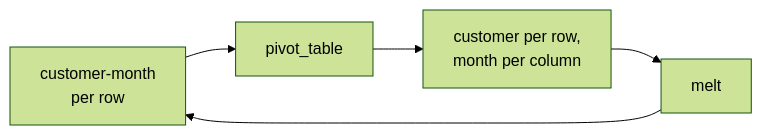
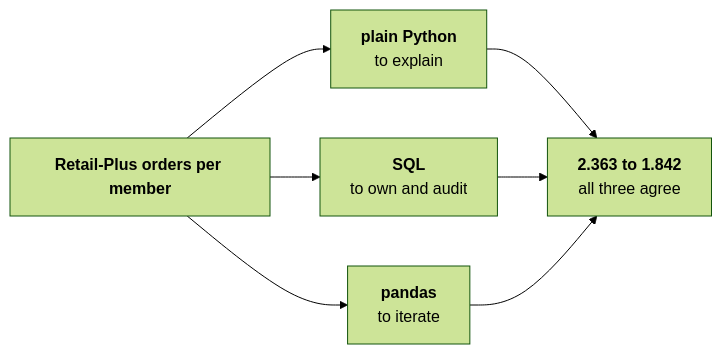
One commit to fde-academy-lab/c2-content-factory changed the seventh of 7 diagrams in content/W02/D4/whiteboards/C2_W02_D04_three_tools_STUDENT.md. Above: the diagram before and after it, drawn with Mermaid (forest theme). The commit also changed other lines of this file and 6 other files, not shown here.

````diff
--- a/content/W02/D4/whiteboards/C2_W02_D04_three_tools_STUDENT.md
+++ b/content/W02/D4/whiteboards/C2_W02_D04_three_tools_STUDENT.md
@@ -71,7 +100,9 @@
 ```mermaid
 flowchart LR
-    A["customer-month<br/>per row"] --> B["pivot_table"]
-    B --> C["customer per row,<br/>month per column"]
-    C --> D["melt"]
+    Q["<b>Retail-Plus orders per member</b>"] --> P["<b>plain Python</b><br/>to explain"]
+    Q --> S["<b>SQL</b><br/>to own and audit"]
+    Q --> D["<b>pandas</b><br/>to iterate"]
+    P --> A["<b>2.363 to 1.842</b><br/>all three agree"]
+    S --> A
     D --> A
 ```
````
